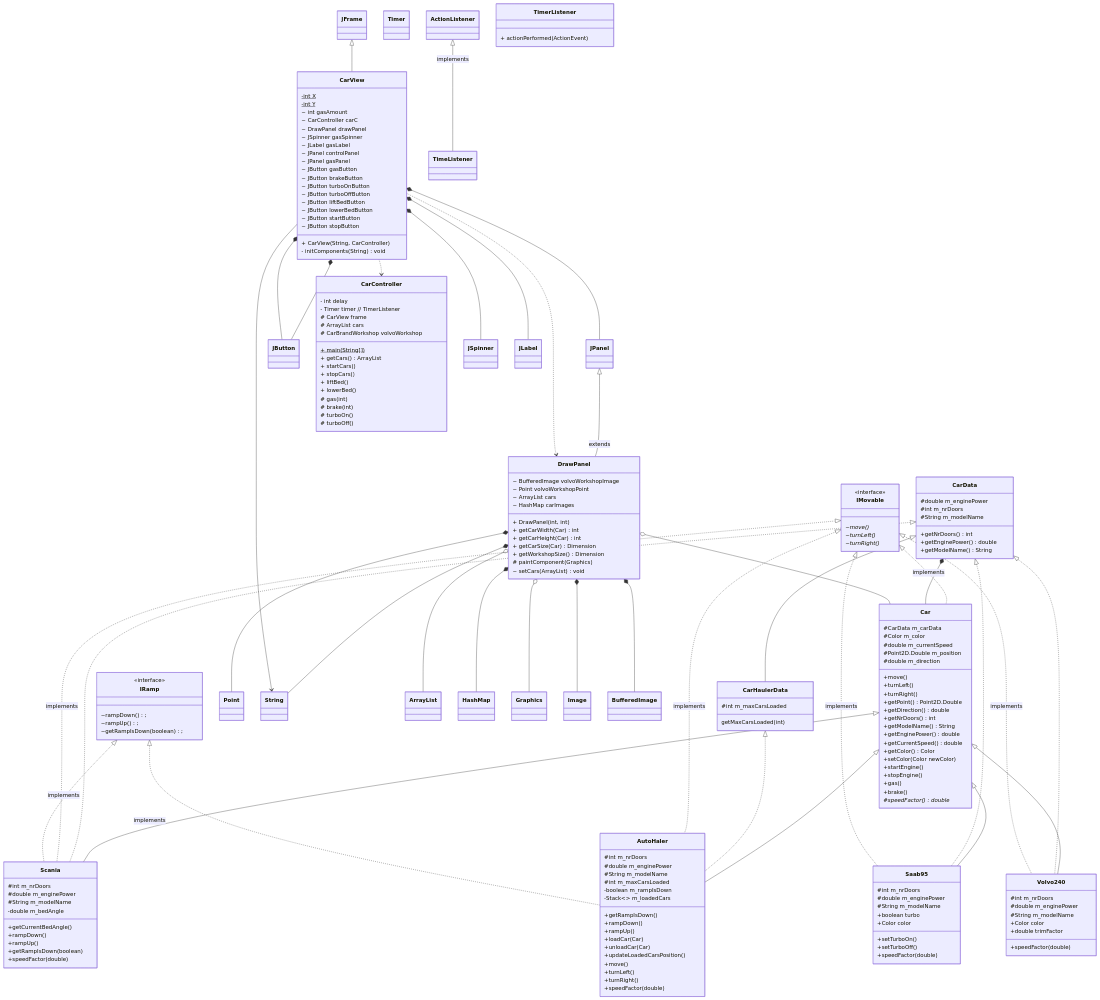
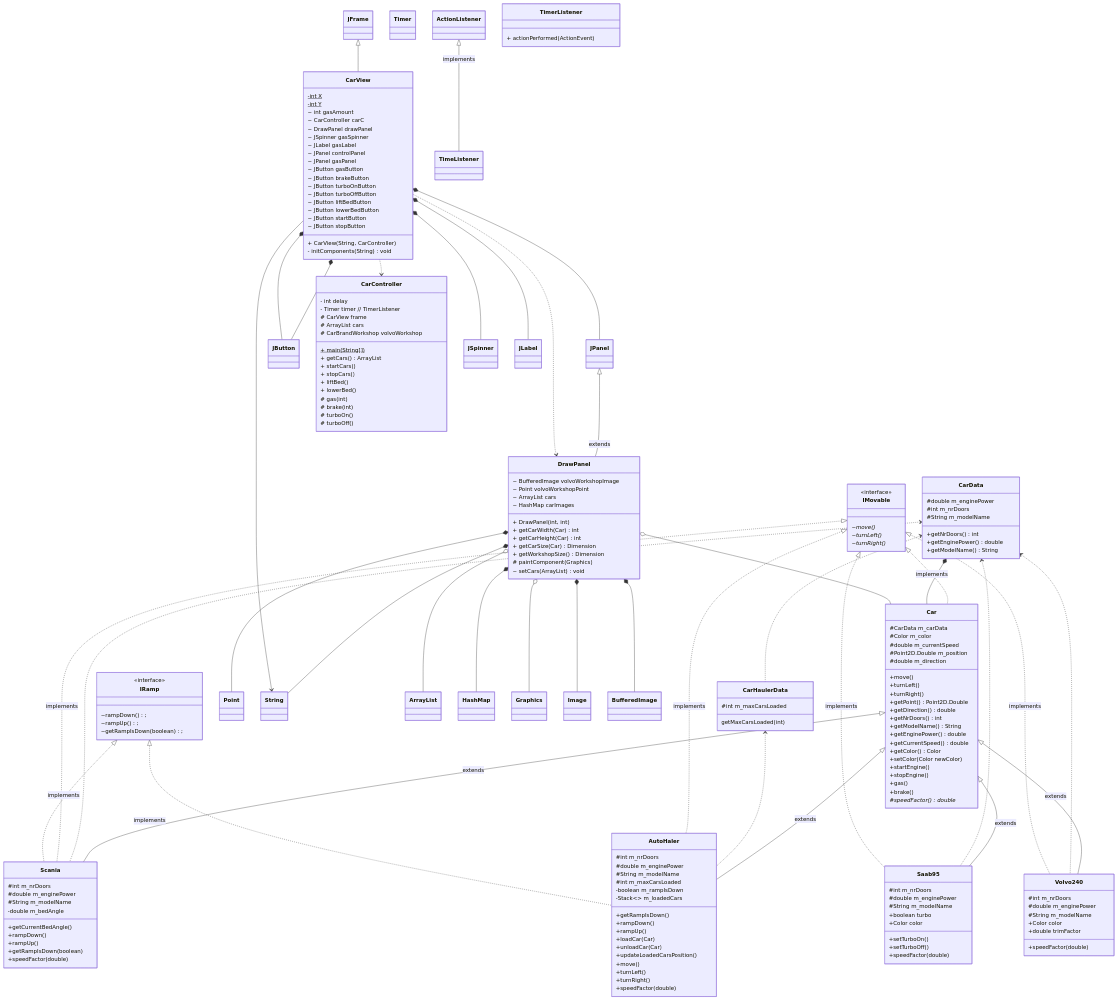
The diagram in uml.md (Faunther/dit954-lab1), drawn with Mermaid before and after one commit.

Commit message:
ulm Bilar

````diff
--- a/uml.md
+++ b/uml.md
@@ -16,16 +16,16 @@
 ```mermaid
 classDiagram
-    Car <|-- Scania
-    Car <|-- Volvo240
-    Car <|-- Saab95
-    Car <|-- AutoHaler
+    Car <|-- Scania : extends
+    Car <|-- Volvo240 : extends
+    Car <|-- Saab95 : extends
+    Car <|-- AutoHaler : extends
 
-    CarData <|-- CarHaulerData
+    CarData <.. CarHaulerData
 
-    CarData <|.. Scania
-    CarData <|.. Volvo240
-    CarData <|.. Saab95
-    CarHaulerData <|.. AutoHaler
+    CarData <.. Scania
+    CarData <.. Volvo240
+    CarData <.. Saab95
+    CarHaulerData <.. AutoHaler
     
 
     class CarHaulerData{
````
